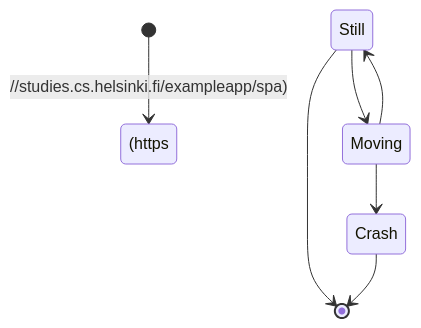
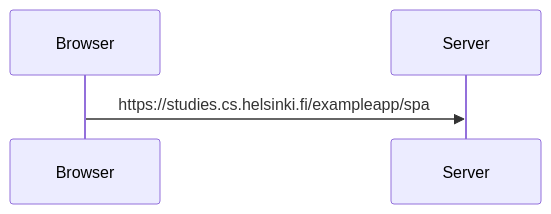
The diagram in Exercise05.md (Blaez-maker/Submissions), drawn with Mermaid before and after one commit.

````diff
--- a/Exercise05.md
+++ b/Exercise05.md
@@ -1,10 +1,5 @@
 ```mermaid
-stateDiagram
-    [*] --> (https://studies.cs.helsinki.fi/exampleapp/spa)
-    Still --> [*]
+sequenceDiagram
 
-    Still --> Moving
-    Moving --> Still
-    Moving --> Crash
-    Crash --> [*]
+Browser->>Server: https://studies.cs.helsinki.fi/exampleapp/spa
 ```
````
